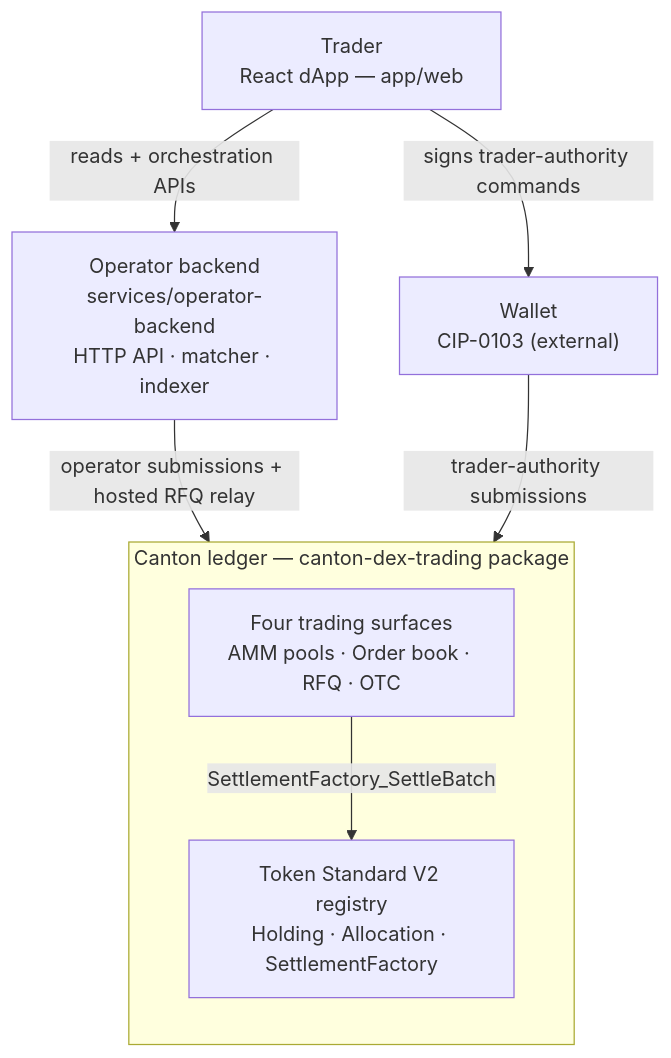
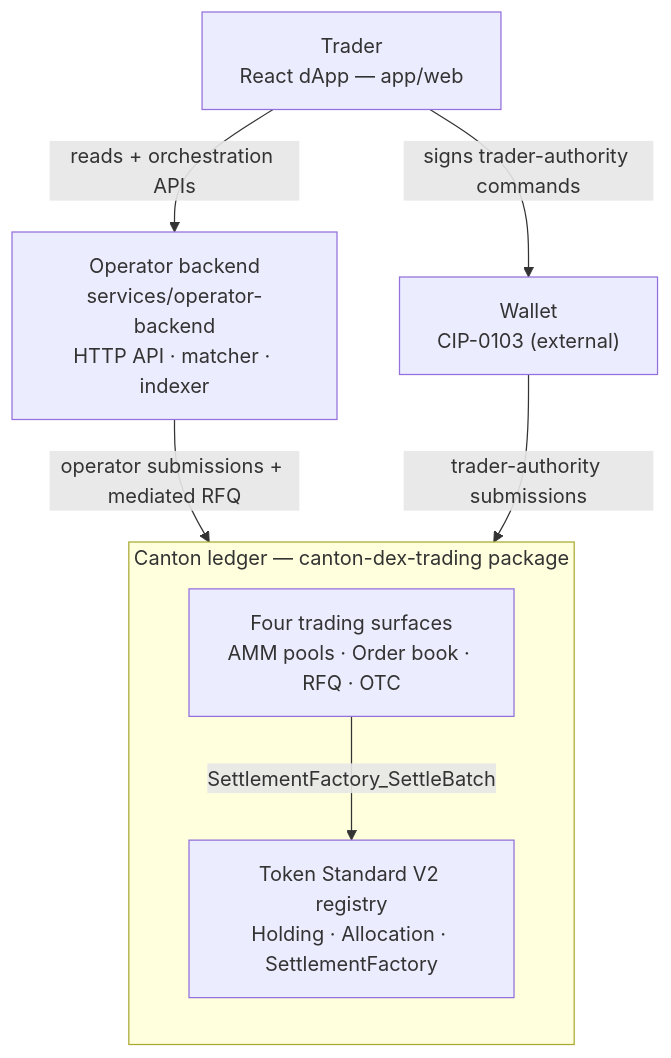
Before and after one commit to srikanth-bitdynamics/Canton-Dex-Reference-Implementation: the diagram in docs/concepts/overview.md, drawn with Mermaid. The commit also changed other lines of this file and 173 other files, not shown here.

````diff
--- a/docs/concepts/overview.md
+++ b/docs/concepts/overview.md
@@ -91,18 +95,18 @@
 ```mermaid
 flowchart TB
   Trader["Trader<br/>React dApp — app/web"]
   Wallet["Wallet<br/>CIP-0103 (external)"]
   Operator["Operator backend<br/>services/operator-backend<br/>HTTP API · matcher · indexer"]
 
   subgraph Ledger["Canton ledger — canton-dex-trading package"]
     direction TB
     Surfaces["Four trading surfaces<br/>AMM pools · Order book · RFQ · OTC"]
     Registry["Token Standard V2 registry<br/>Holding · Allocation · SettlementFactory"]
     Surfaces -->|"SettlementFactory_SettleBatch"| Registry
   end
 
   Trader -->|"reads + orchestration APIs"| Operator
   Trader -->|"signs trader-authority commands"| Wallet
-  Operator -->|"operator submissions + hosted RFQ relay"| Ledger
+  Operator -->|"operator submissions + mediated RFQ"| Ledger
   Wallet -->|"trader-authority submissions"| Ledger
 ```
````
